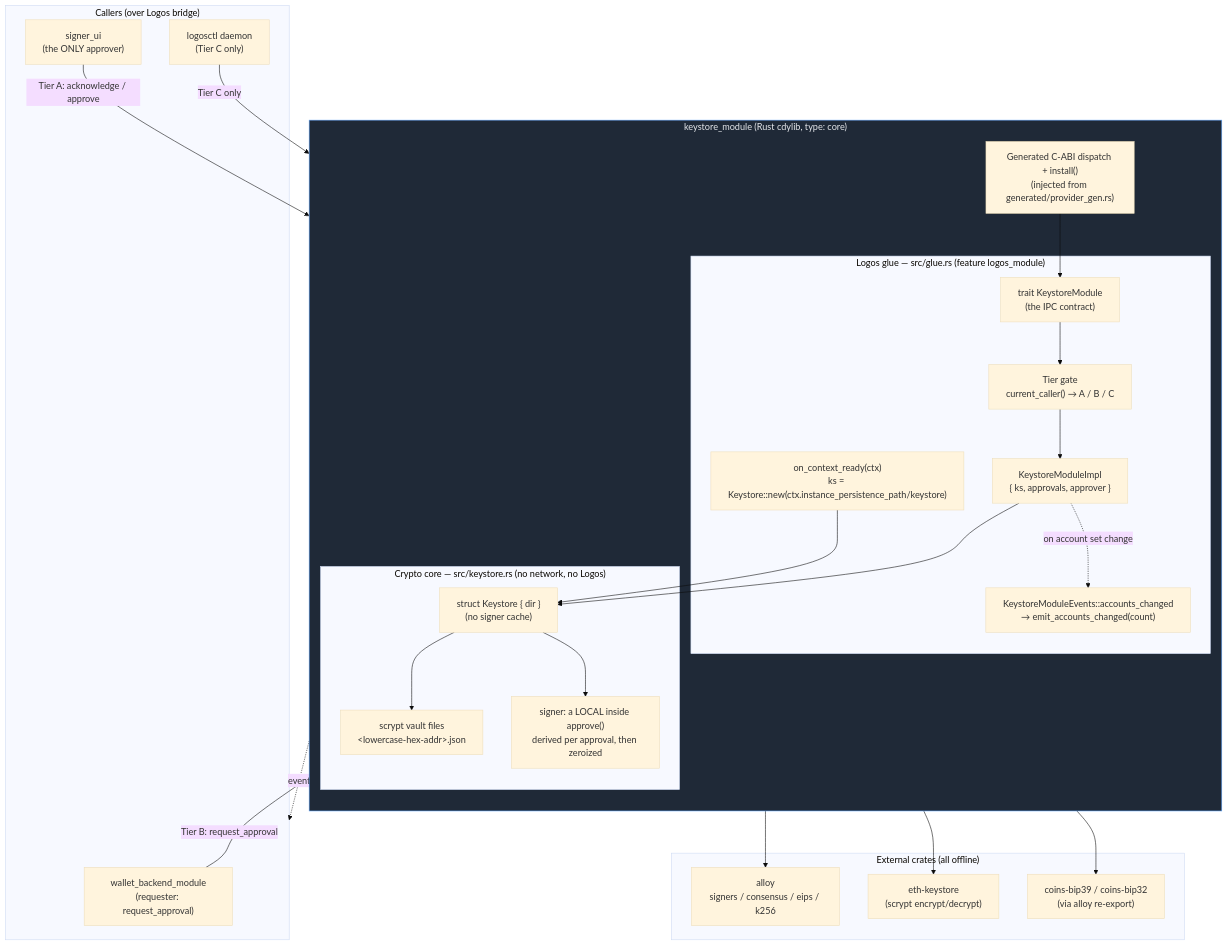
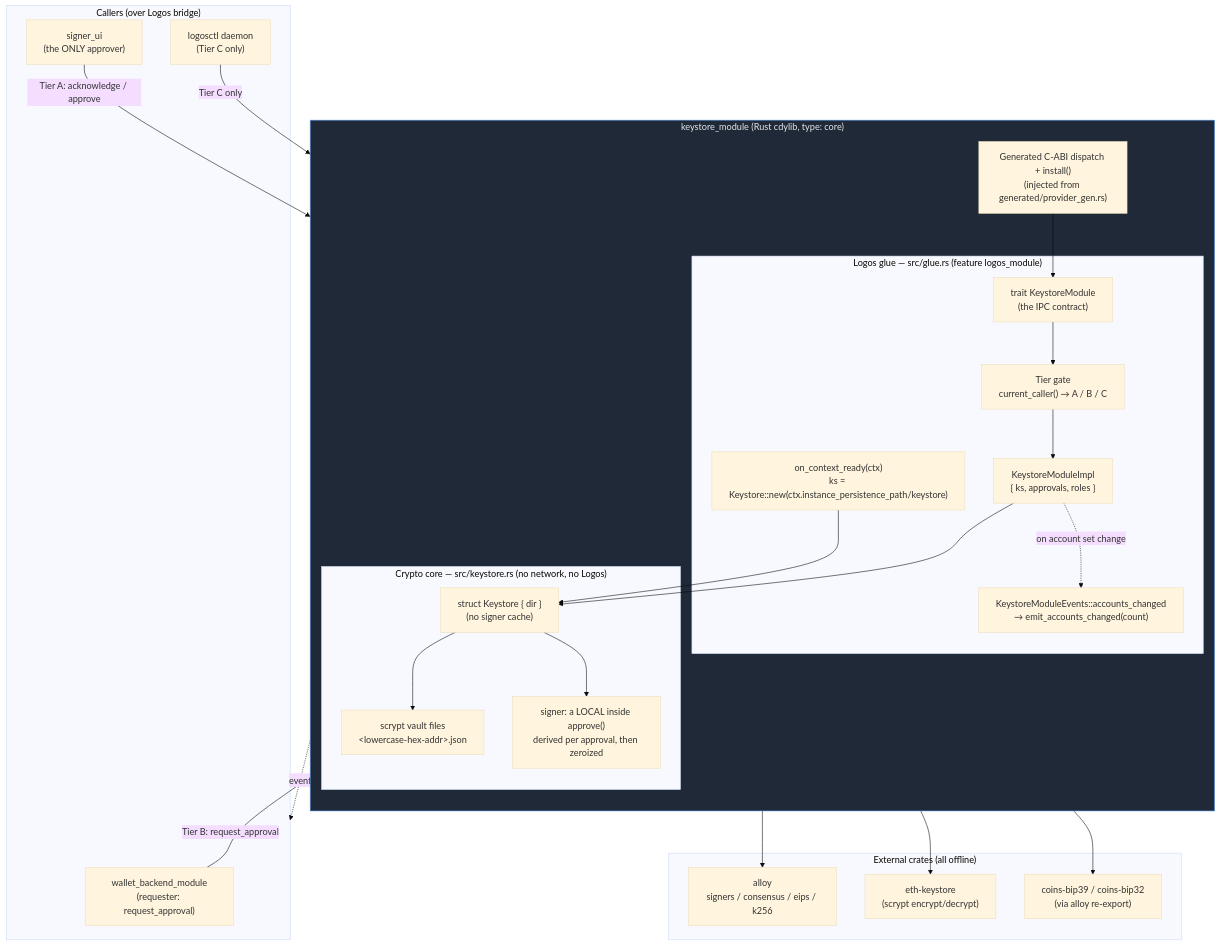
Before and after one commit to logos-co/logos-evm-keystore-module: the first of 2 diagrams in docs/specs.md, drawn with Mermaid (base theme). The commit also changed other lines of this file and 23 other files, not shown here.

````diff
--- a/docs/specs.md
+++ b/docs/specs.md
@@ -61,50 +61,50 @@
 ```mermaid
 flowchart TB
     subgraph Callers["Callers (over Logos bridge)"]
         BE["wallet_backend_module<br/>(requester: request_approval)"]
         SU["signer_ui<br/>(the ONLY approver)"]
         LC["logosctl daemon<br/>(Tier C only)"]
     end
 
     subgraph Module["keystore_module (Rust cdylib, type: core)"]
         direction TB
         DISP["Generated C-ABI dispatch + install()<br/>(injected from generated/provider_gen.rs)"]
         subgraph Glue["Logos glue — src/glue.rs (feature logos_module)"]
             TRAIT["trait KeystoreModule<br/>(the IPC contract)"]
-            IMPL["KeystoreModuleImpl<br/>{ ks, approvals, approver }"]
+            IMPL["KeystoreModuleImpl<br/>{ ks, approvals, roles }"]
             GATE["Tier gate<br/>current_caller() → A / B / C"]
             EV["KeystoreModuleEvents::accounts_changed<br/>→ emit_accounts_changed(count)"]
             CTX["on_context_ready(ctx)<br/>ks = Keystore::new(ctx.instance_persistence_path/keystore)"]
         end
         subgraph Core["Crypto core — src/keystore.rs (no network, no Logos)"]
             KS["struct Keystore { dir }<br/>(no signer cache)"]
             VAULTS["scrypt vault files<br/>&lt;lowercase-hex-addr&gt;.json"]
             MEM["signer: a LOCAL inside approve()<br/>derived per approval, then zeroized"]
         end
     end
 
     subgraph Deps["External crates (all offline)"]
         ALLOY["alloy<br/>signers / consensus / eips / k256"]
         ETHKS["eth-keystore<br/>(scrypt encrypt/decrypt)"]
         BIP39["coins-bip39 / coins-bip32<br/>(via alloy re-export)"]
     end
 
     BE -->|Tier B: request_approval| DISP
     SU -->|Tier A: acknowledge / approve| DISP
     LC -->|Tier C only| DISP
     DISP --> TRAIT
     TRAIT --> GATE
     GATE --> IMPL
     IMPL --> KS
     IMPL -.->|on account set change| EV
     EV -.->|event| Callers
     CTX --> KS
     KS --> VAULTS
     KS --> MEM
     KS --> ALLOY
     KS --> ETHKS
     KS --> BIP39
 
     classDef boundary fill:#1f2937,stroke:#60a5fa,color:#e5e7eb;
     class Module boundary;
 ```
````
